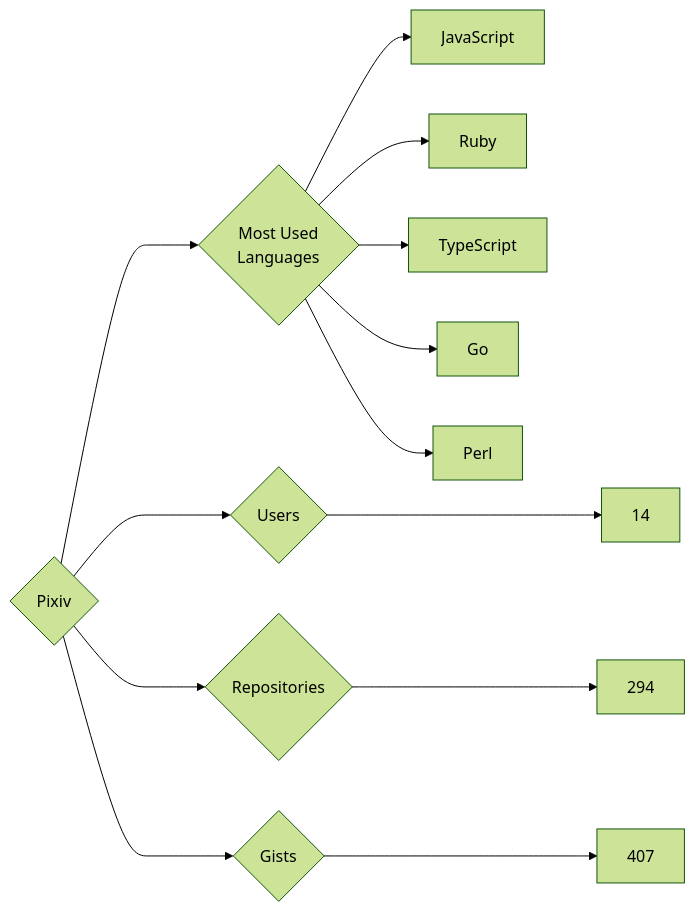
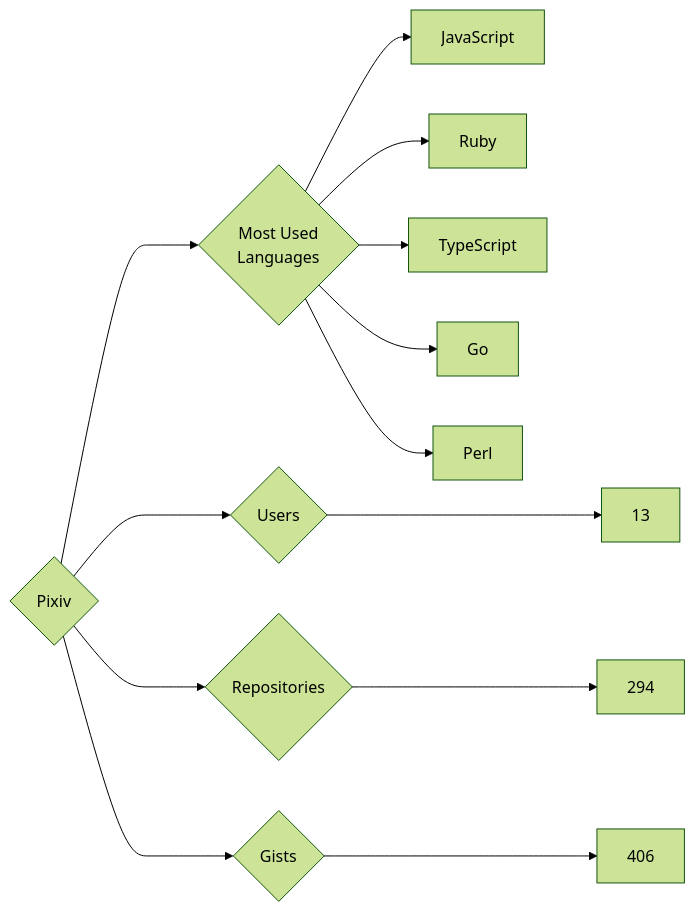
Before and after one commit to trickest/insiders: the diagram in targets/Pixiv/README.md, drawn with Mermaid (forest theme). The commit also changed 969 other files, not shown here.

````diff
--- a/targets/Pixiv/README.md
+++ b/targets/Pixiv/README.md
@@ -3,13 +3,13 @@
 ```mermaid
 graph LR
 COMPANY_NAME{Pixiv}
-COMPANY_NAME ---> U{Users} ---> UN[14]
+COMPANY_NAME ---> U{Users} ---> UN[13]
 COMPANY_NAME ---> R{Repositories} ---> RN[294]
-COMPANY_NAME ---> G{Gists} ---> GN[407]
+COMPANY_NAME ---> G{Gists} ---> GN[406]
 COMPANY_NAME ---> ML{Most Used<br>Languages}
 ML --> JavaScript[JavaScript]
 ML --> Ruby[Ruby]
 ML --> TypeScript[TypeScript]
 ML --> Go[Go]
 ML --> Perl[Perl]
 ```
````
